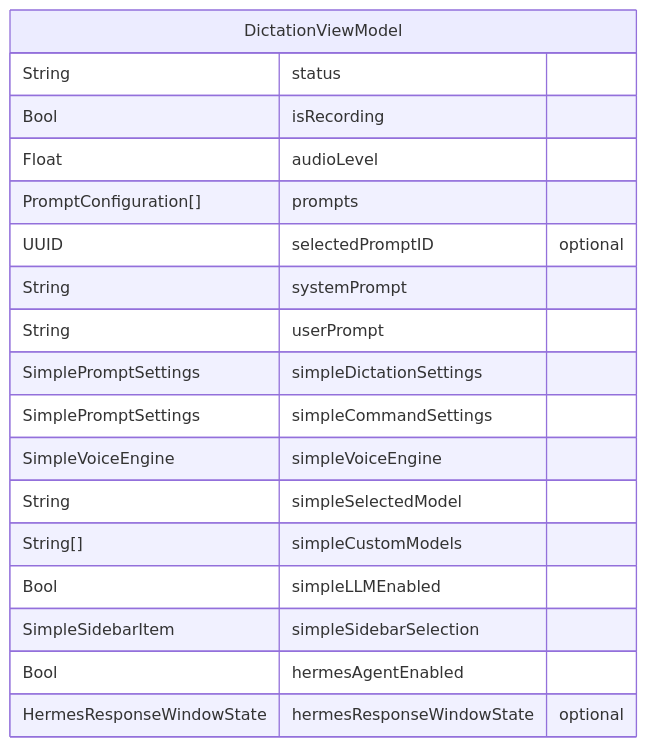
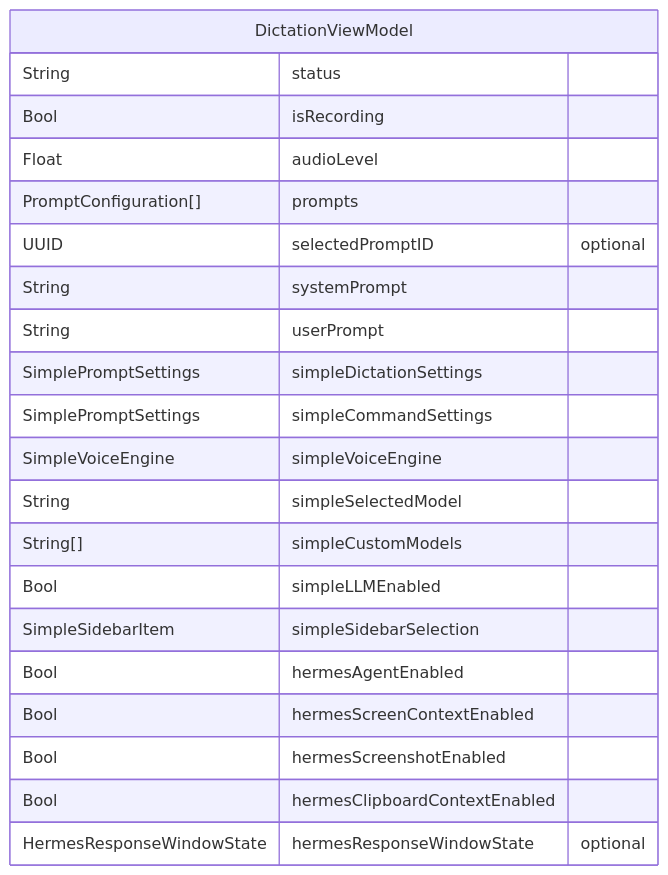
The eighth of 11 diagrams in datamodel.md (dkapo88/WonderWhisper-macOS), drawn with Mermaid before and after one commit. The commit also changed other lines of this file and 6 other files, not shown here.

Commit message:
feat: refine Hermes context controls

````diff
--- a/datamodel.md
+++ b/datamodel.md
@@ -400,21 +403,24 @@
 ```mermaid
 erDiagram
     DictationViewModel {
         String status
         Bool isRecording
         Float audioLevel
         PromptConfiguration[] prompts
         UUID selectedPromptID "optional"
         String systemPrompt
         String userPrompt
         SimplePromptSettings simpleDictationSettings
         SimplePromptSettings simpleCommandSettings
         SimpleVoiceEngine simpleVoiceEngine
         String simpleSelectedModel
         String[] simpleCustomModels
         Bool simpleLLMEnabled
         SimpleSidebarItem simpleSidebarSelection
         Bool hermesAgentEnabled
+        Bool hermesScreenContextEnabled
+        Bool hermesScreenshotEnabled
+        Bool hermesClipboardContextEnabled
         HermesResponseWindowState hermesResponseWindowState "optional"
     }
 ```
````
